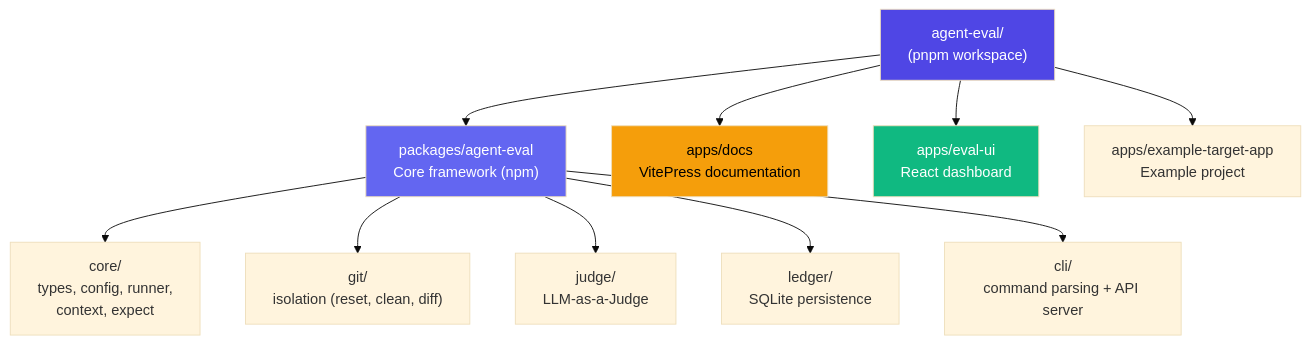
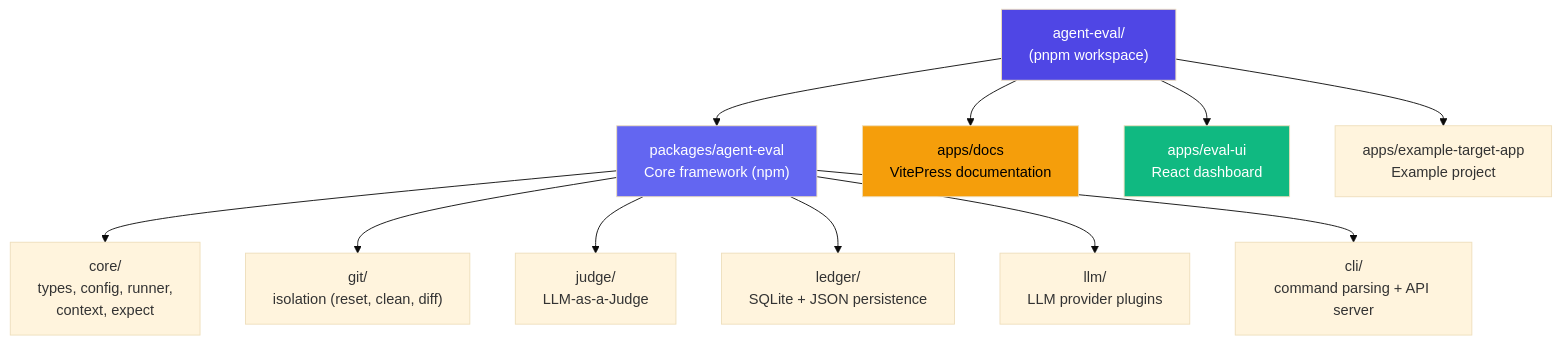
The first of 5 diagrams in apps/docs/guide/architecture.md (Tlahey/agent-eval), drawn with Mermaid (base theme) before and after one commit. The commit also changed other lines of this file and 22 other files, not shown here.

First line of the commit message:
feat(plugins): implement SOLID plugin architecture for ledger and LLM

````diff
--- a/apps/docs/guide/architecture.md
+++ b/apps/docs/guide/architecture.md
@@ -7,19 +7,20 @@
 ```mermaid
 flowchart TD
     ROOT["agent-eval/\n(pnpm workspace)"]
     ROOT --> PKG["packages/agent-eval\nCore framework (npm)"]
     ROOT --> DOCS["apps/docs\nVitePress documentation"]
     ROOT --> UI["apps/eval-ui\nReact dashboard"]
     ROOT --> EXAMPLE["apps/example-target-app\nExample project"]
 
     PKG --> CORE["core/\ntypes, config, runner,\ncontext, expect"]
     PKG --> GIT["git/\nisolation (reset, clean, diff)"]
     PKG --> JUDGE["judge/\nLLM-as-a-Judge"]
-    PKG --> LEDGER["ledger/\nSQLite persistence"]
+    PKG --> LEDGER["ledger/\nSQLite + JSON persistence"]
+    PKG --> LLM["llm/\nLLM provider plugins"]
     PKG --> CLI["cli/\ncommand parsing + API server"]
 
     style ROOT fill:#4f46e5,color:#fff
     style PKG fill:#6366f1,color:#fff
     style UI fill:#10b981,color:#fff
     style DOCS fill:#f59e0b,color:#000
 ```
````
